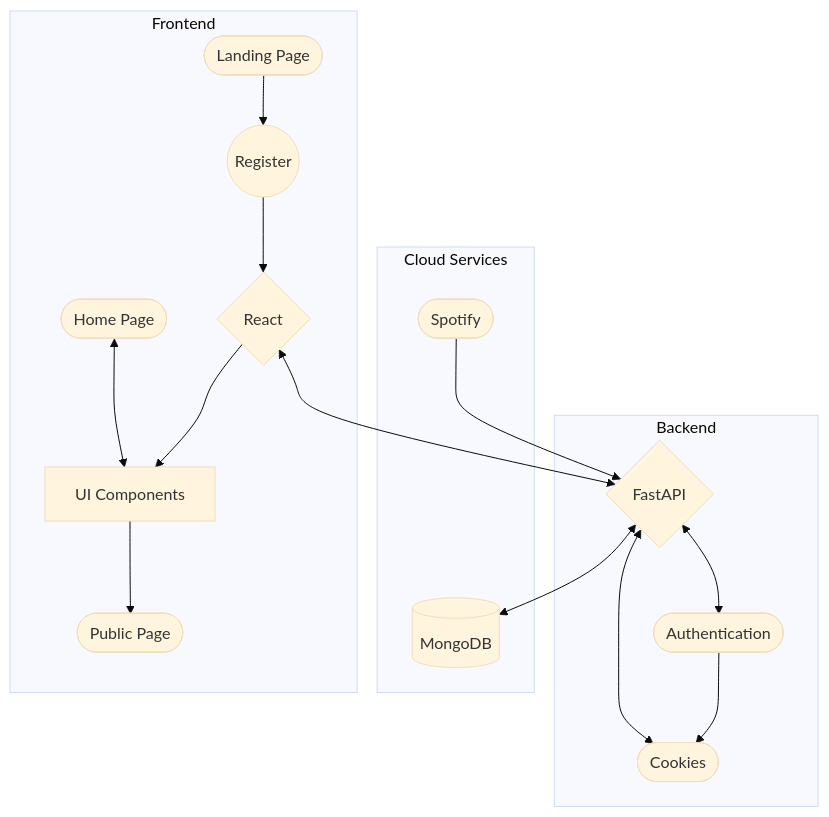
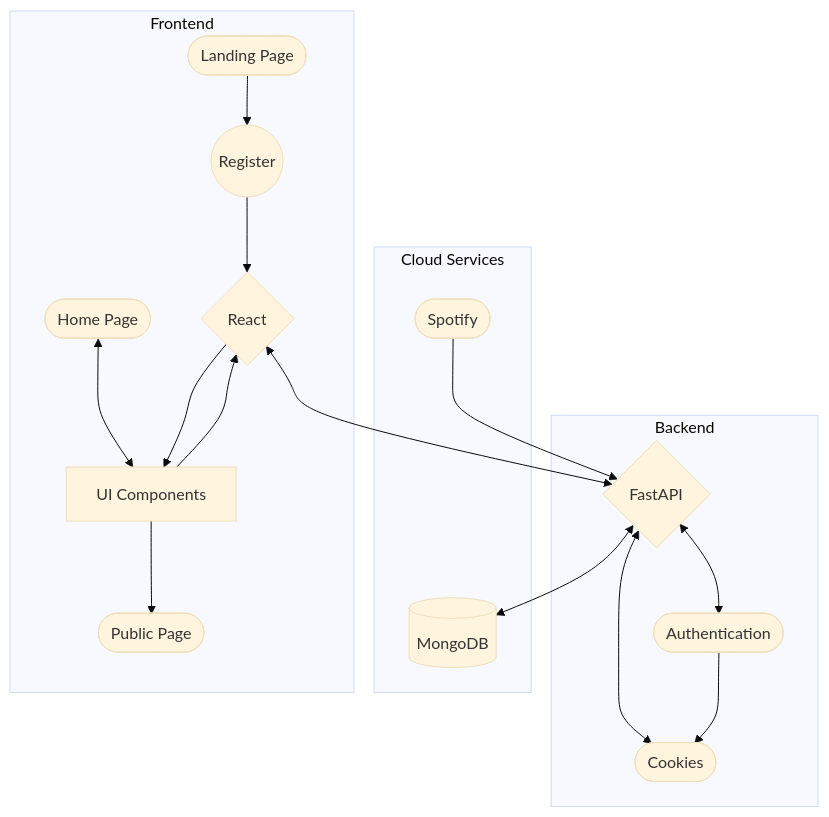
One commit to courtashdale/sinatra-backend changed the diagram in tools/build.md. Above: the diagram before and after it, drawn with Mermaid (base theme).

Commit message:
Nicer looker

````diff
--- a/tools/build.md
+++ b/tools/build.md
@@ -1,39 +1,40 @@
 ```mermaid
 graph TD
 subgraph Backend
     api{FastAPI}
     cookie([Cookies])
     auth([Authentication])
     
 end
 
 subgraph Cloud Services
     db[(MongoDB)]
     spotify([Spotify])
 end
 
 
 subgraph Frontend
     landing([Landing Page])
     ui[UI Components]
     register((Register))
     react{React}
     
     home([Home Page])
     
     public([Public Page])
     
 end
 
 landing --> register
 register --> react
 ui --> public
 home <--> ui
 api <--> cookie
 auth --> cookie
 react <--> api
 api <--> db
 spotify --> api
 react --> ui
 api <--> auth
+ui --> react
 ```
````
